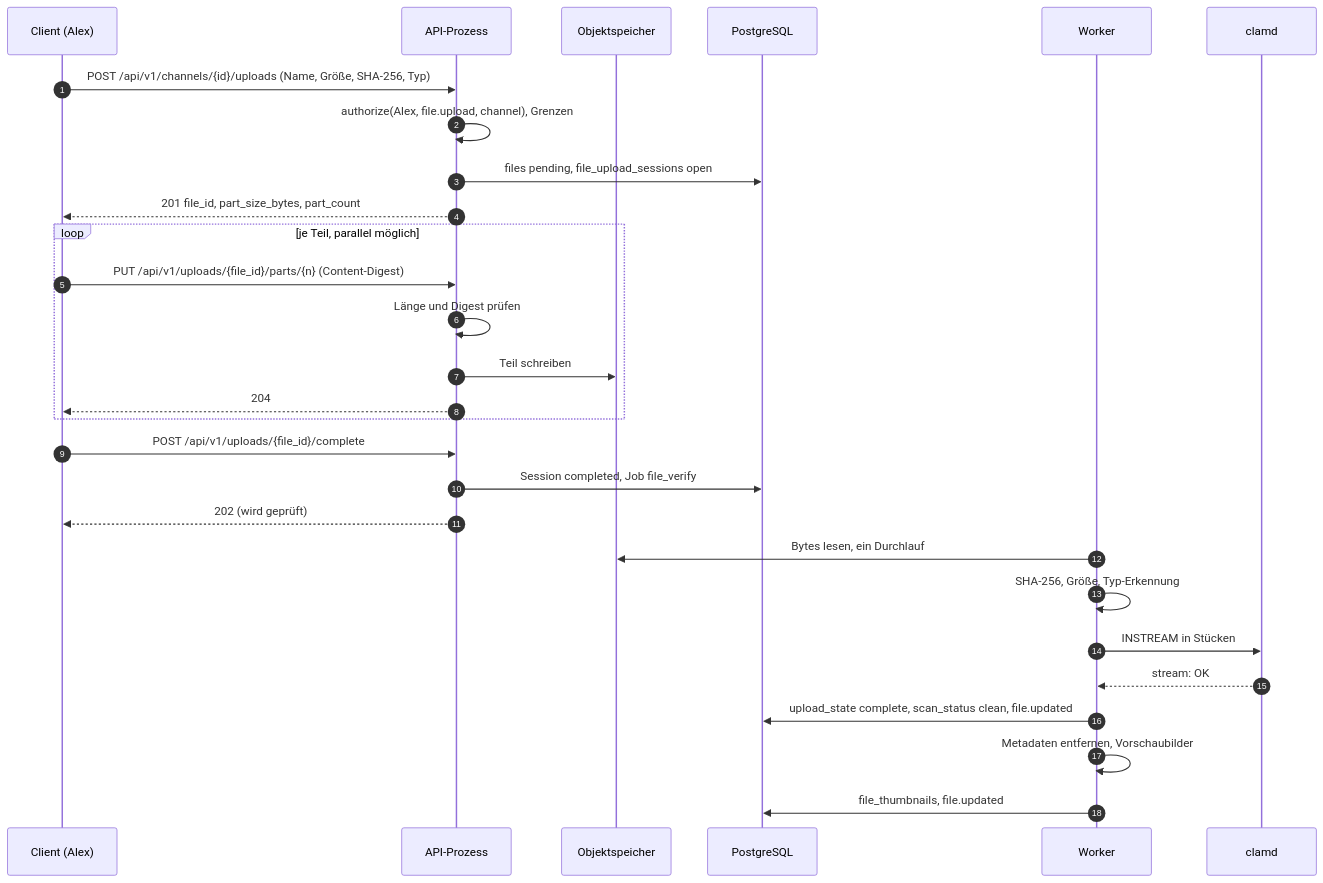
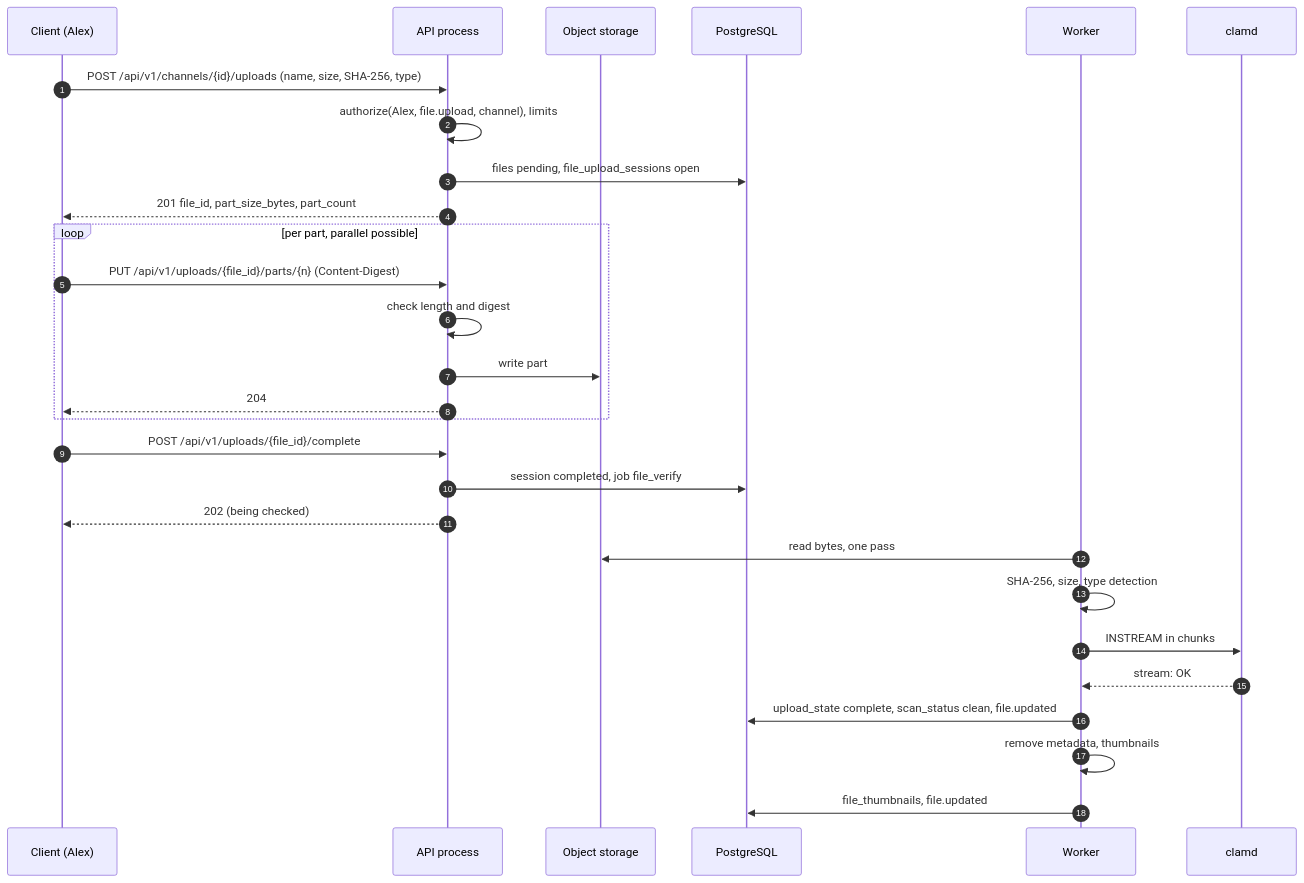
The second of 2 diagrams in docs/spec/12-dateien.md (mguttmann/bothy), drawn with Mermaid before and after one commit. The commit also changed other lines of this file and 15 other files, not shown here.

````diff
--- a/docs/spec/12-dateien.md
+++ b/docs/spec/12-dateien.md
@@ -186,30 +191,30 @@
 ```mermaid
 sequenceDiagram
     autonumber
     participant C as Client (Alex)
-    participant API as API-Prozess
-    participant OS as Objektspeicher
+    participant API as API process
+    participant OS as Object storage
     participant DB as PostgreSQL
     participant W as Worker
     participant AV as clamd
-    C->>API: POST /api/v1/channels/{id}/uploads (Name, Größe, SHA-256, Typ)
-    API->>API: authorize(Alex, file.upload, channel), Grenzen
+    C->>API: POST /api/v1/channels/{id}/uploads (name, size, SHA-256, type)
+    API->>API: authorize(Alex, file.upload, channel), limits
     API->>DB: files pending, file_upload_sessions open
     API-->>C: 201 file_id, part_size_bytes, part_count
-    loop je Teil, parallel möglich
+    loop per part, parallel possible
         C->>API: PUT /api/v1/uploads/{file_id}/parts/{n} (Content-Digest)
-        API->>API: Länge und Digest prüfen
-        API->>OS: Teil schreiben
+        API->>API: check length and digest
+        API->>OS: write part
         API-->>C: 204
     end
     C->>API: POST /api/v1/uploads/{file_id}/complete
-    API->>DB: Session completed, Job file_verify
-    API-->>C: 202 (wird geprüft)
-    W->>OS: Bytes lesen, ein Durchlauf
-    W->>W: SHA-256, Größe, Typ-Erkennung
-    W->>AV: INSTREAM in Stücken
+    API->>DB: session completed, job file_verify
+    API-->>C: 202 (being checked)
+    W->>OS: read bytes, one pass
+    W->>W: SHA-256, size, type detection
+    W->>AV: INSTREAM in chunks
     AV-->>W: stream: OK
     W->>DB: upload_state complete, scan_status clean, file.updated
-    W->>W: Metadaten entfernen, Vorschaubilder
+    W->>W: remove metadata, thumbnails
     W->>DB: file_thumbnails, file.updated
 ```
````
